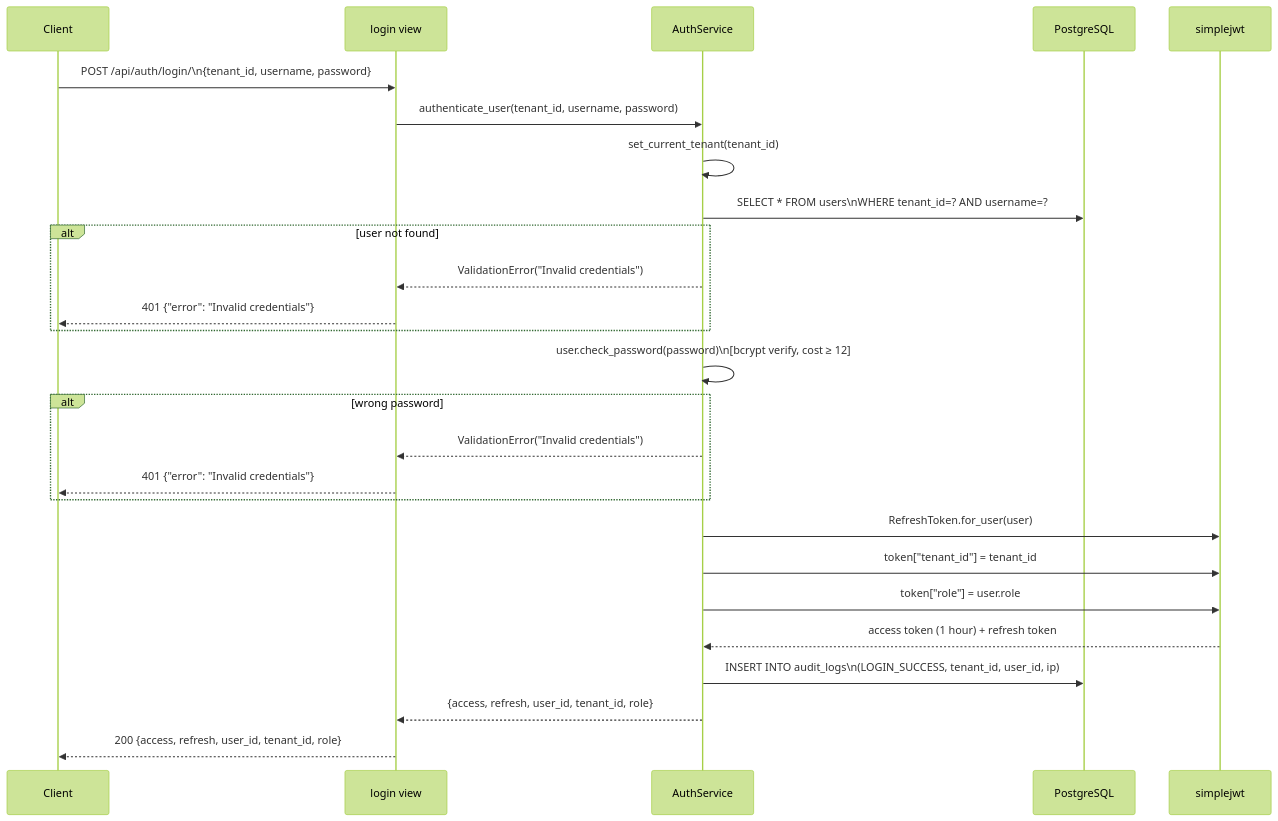
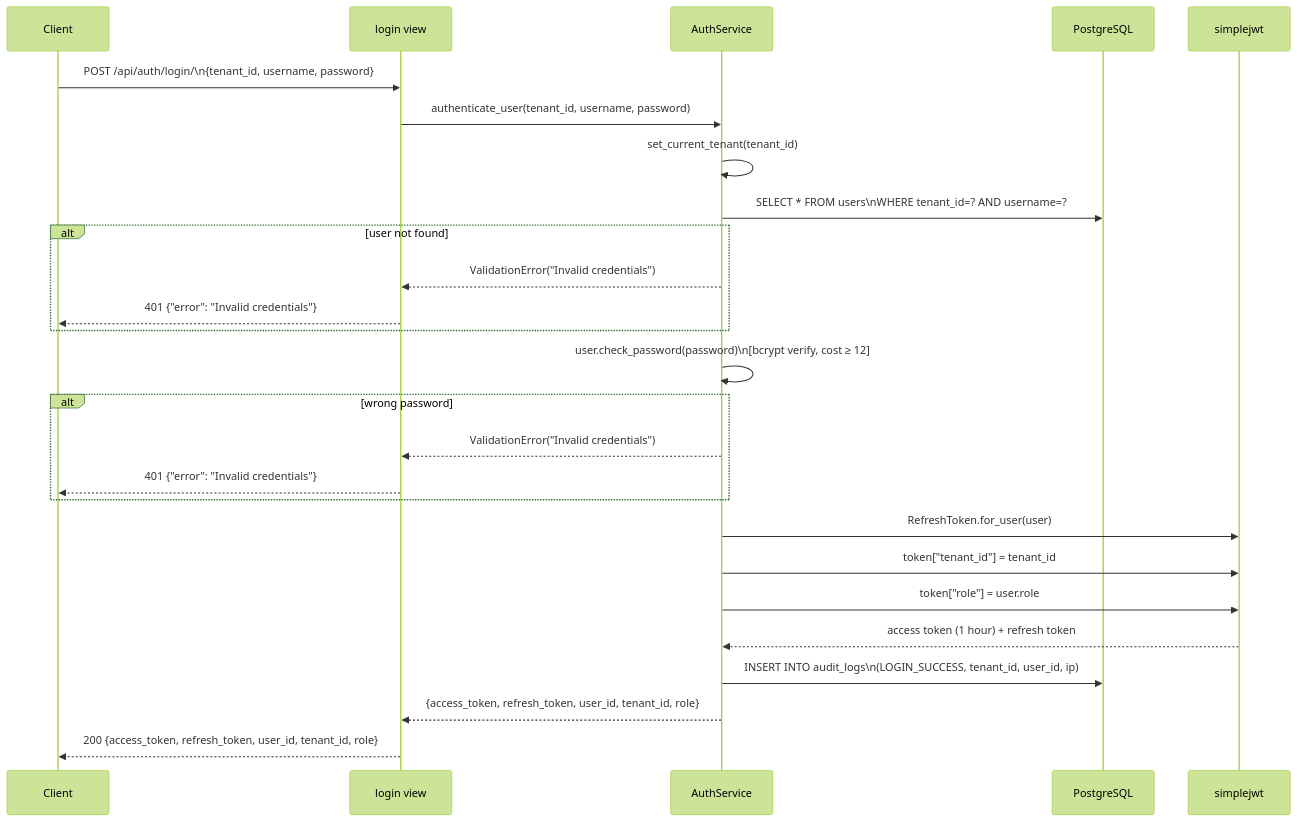
The third of 4 diagrams in docs/developer-guide/architecture.md (milk-in-a-bag/multi-tenant-saas-backend), drawn with Mermaid (forest theme) before and after one commit. The commit also changed other lines of this file and 66 other files, not shown here.

````diff
--- a/docs/developer-guide/architecture.md
+++ b/docs/developer-guide/architecture.md
@@ -173,29 +173,29 @@
 ```mermaid
 sequenceDiagram
     participant C as Client
     participant V as login view
     participant AS as AuthService
     participant DB as PostgreSQL
     participant JWT as simplejwt
 
     C->>V: POST /api/auth/login/\n{tenant_id, username, password}
     V->>AS: authenticate_user(tenant_id, username, password)
     AS->>AS: set_current_tenant(tenant_id)
     AS->>DB: SELECT * FROM users\nWHERE tenant_id=? AND username=?
     alt user not found
         AS-->>V: ValidationError("Invalid credentials")
         V-->>C: 401 {"error": "Invalid credentials"}
     end
     AS->>AS: user.check_password(password)\n[bcrypt verify, cost ≥ 12]
     alt wrong password
         AS-->>V: ValidationError("Invalid credentials")
         V-->>C: 401 {"error": "Invalid credentials"}
     end
     AS->>JWT: RefreshToken.for_user(user)
     AS->>JWT: token["tenant_id"] = tenant_id
     AS->>JWT: token["role"] = user.role
     JWT-->>AS: access token (1 hour) + refresh token
     AS->>DB: INSERT INTO audit_logs\n(LOGIN_SUCCESS, tenant_id, user_id, ip)
-    AS-->>V: {access, refresh, user_id, tenant_id, role}
-    V-->>C: 200 {access, refresh, user_id, tenant_id, role}
+    AS-->>V: {access_token, refresh_token, user_id, tenant_id, role}
+    V-->>C: 200 {access_token, refresh_token, user_id, tenant_id, role}
 ```
````
